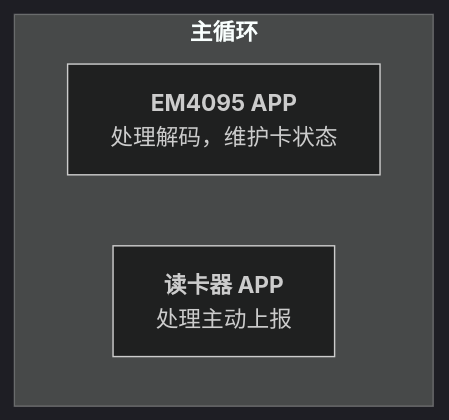
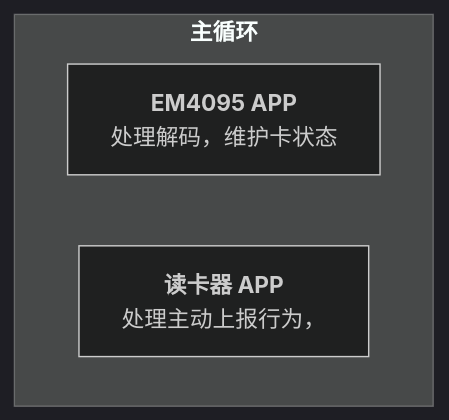
One commit to Siaiai/ObsidianNote changed the sixth of 6 diagrams in 工作/[[SR3读卡器]]/260804SR3框架整理.md. Above: the diagram before and after it, drawn with Mermaid (dark theme).

Commit message:
[自动]笔记同步:2026-08-05 11:04:49 涉及文件个数:1
Affected files:
工作/[[SR3读卡器]]/260804SR3框架整理.md

````diff
--- a/工作/[[SR3读卡器]]/260804SR3框架整理.md
+++ b/工作/[[SR3读卡器]]/260804SR3框架整理.md
@@ -257,10 +257,10 @@
 ```mermaid
 flowchart TB
 	subgraph MAIN["`**主循环**`"]
 		direction LR
 		APP_EM4095["`**EM4095 APP** 
 		处理解码，维护卡状态`"]
 		APP_READER["`**读卡器 APP**
-		处理主动上报`"]
+		处理主动上报行为，`"]
 	end
 ```
````
